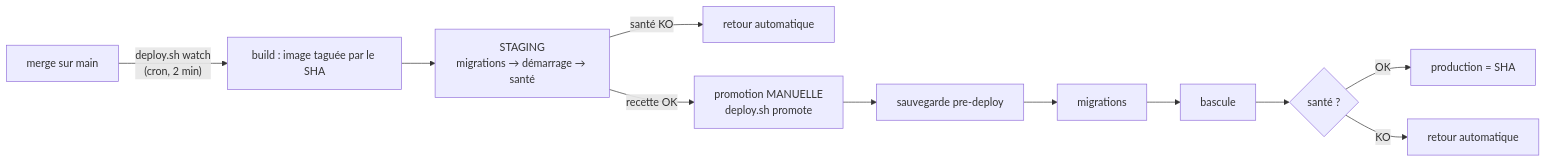
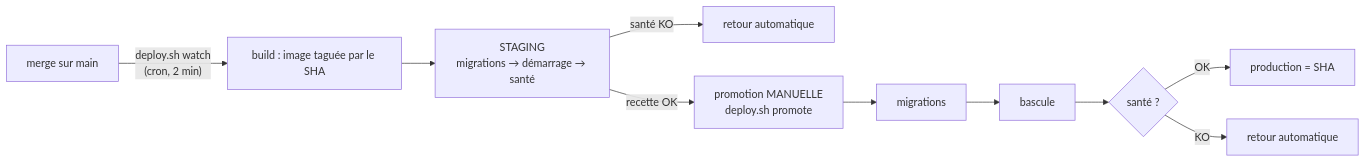
The second of 2 diagrams in guides/18-le-projet-pilote-skills-devops.md (wilfreidlando/vcam-infra-deploy), drawn with Mermaid before and after one commit. The commit also changed other lines of this file and 17 other files, not shown here.

First line of the commit message:
feat(sauvegardes) : plus de sauvegarde automatique au déploiement ; deploy.sh backup à la demande (ADR-0067 §3, contrat 2.3)

````diff
--- a/guides/18-le-projet-pilote-skills-devops.md
+++ b/guides/18-le-projet-pilote-skills-devops.md
@@ -89,10 +89,10 @@
 ```mermaid
 graph LR
     A["merge sur main"] -->|"deploy.sh watch<br/>(cron, 2 min)"| B["build : image taguée par le SHA"]
     B --> C["STAGING<br/>migrations → démarrage → santé"]
     C -->|"santé KO"| D["retour automatique"]
     C -->|"recette OK"| E["promotion MANUELLE<br/>deploy.sh promote"]
-    E --> F["sauvegarde pre-deploy"] --> G["migrations"] --> H["bascule"] --> I{"santé ?"}
+    E --> G["migrations"] --> H["bascule"] --> I{"santé ?"}
     I -->|OK| J["production = SHA"]
     I -->|KO| K["retour automatique"]
 ```
````
